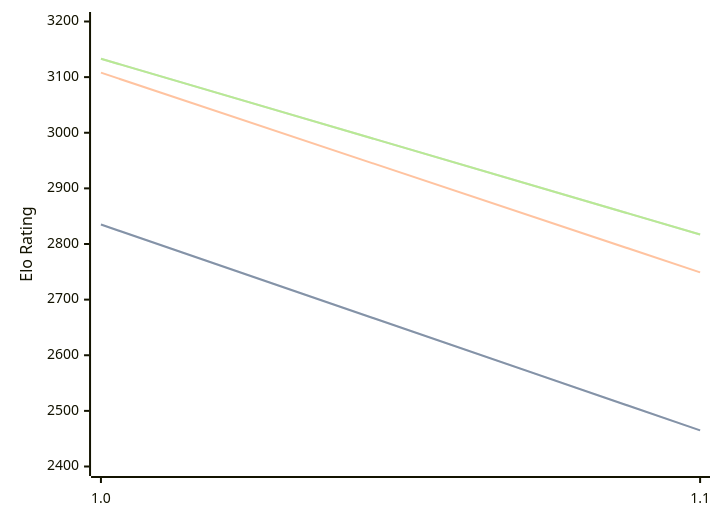
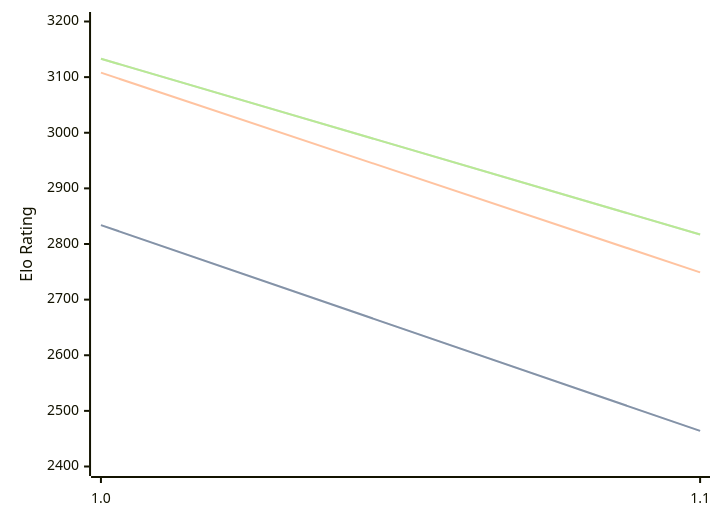
The diagram in engines/Publius.md (computer-chess-index/cci), drawn with Mermaid before and after one commit. The commit also changed other lines of this file, not shown here.

````diff
--- a/engines/Publius.md
+++ b/engines/Publius.md
@@ -32,11 +32,11 @@
 ```mermaid
 %%{init: {"theme":"base","themeVariables":{"seriesColors:['#a3a3a3','#222221','#faa371']}}}%%
 xychart-beta
   x-axis ["1.0", "1.1"]
   y-axis "Elo Rating" 2400 --> 3200
-  line "" [2835, 2465]
-  line "STC (8.0+0.08s)" [2835, 2465]
+  line "" [2834, 2464]
+  line "STC (8.0+0.08s)" [2834, 2464]
   line "LTC (60.0+0.60s)" [3108, 2749]
   line "" [3133, 2817]
   line "VLTC (2m24s+1.12s)" [3133, 2817]
 ```
````
